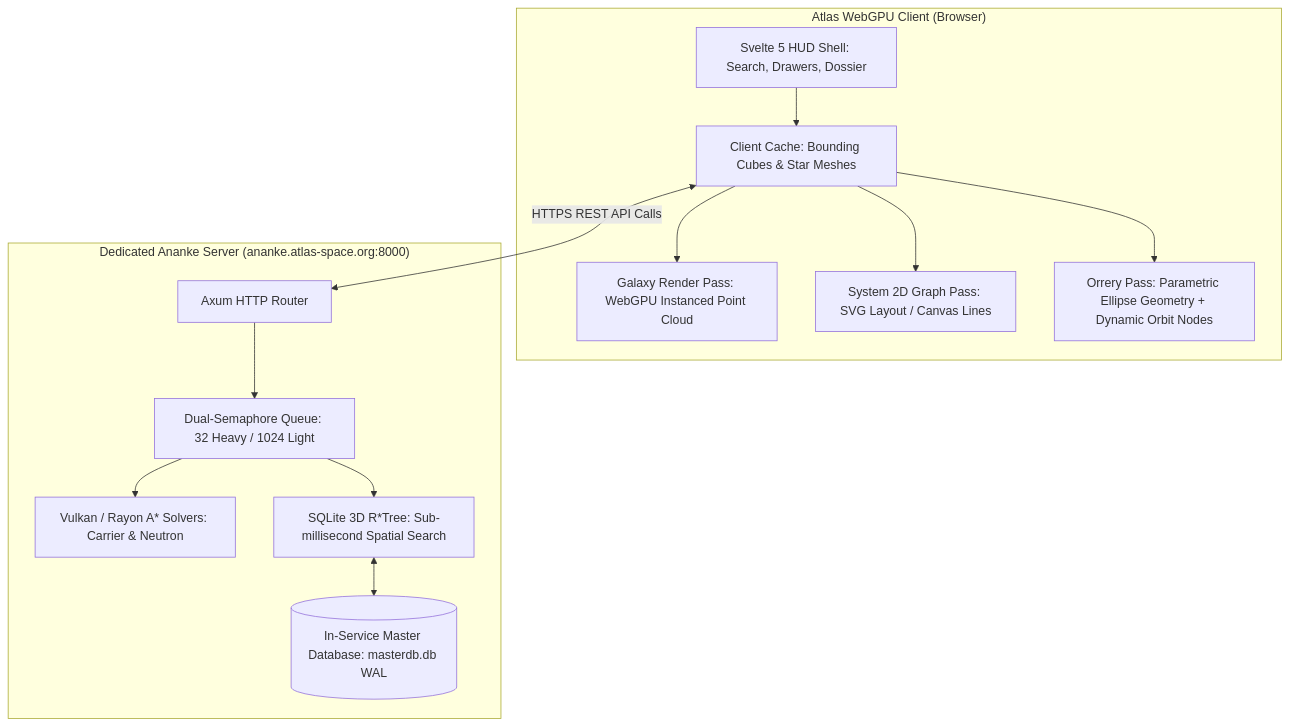
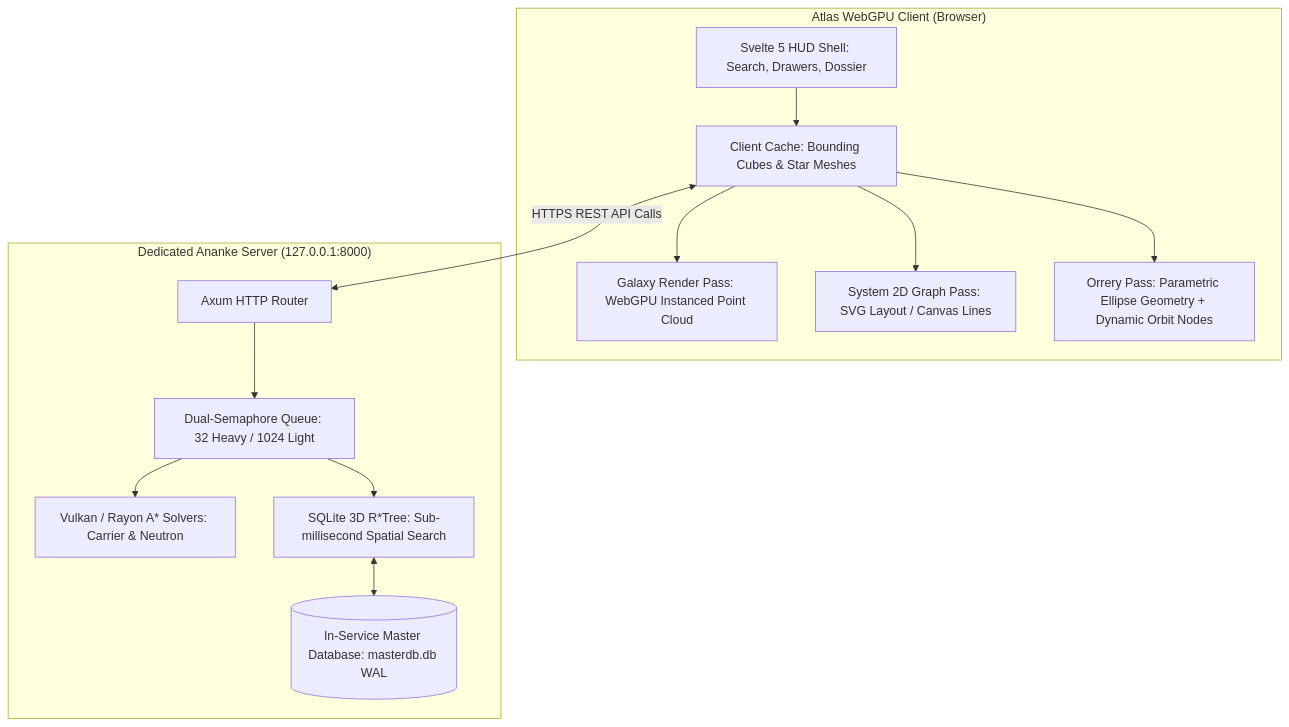
One commit to Irkyosaur/Atlas changed the diagram in docs/technical_architecture.md. Above: the diagram before and after it, drawn with Mermaid. The commit also changed other lines of this file and 10 other files, not shown here.

````diff
--- a/docs/technical_architecture.md
+++ b/docs/technical_architecture.md
@@ -12,24 +12,24 @@
 ```mermaid
 flowchart TD
     subgraph Frontend_Atlas ["Atlas WebGPU Client (Browser)"]
         UI[Svelte 5 HUD Shell: Search, Drawers, Dossier]
         G_Pass[Galaxy Render Pass: WebGPU Instanced Point Cloud]
         S_Pass[System 2D Graph Pass: SVG Layout / Canvas Lines]
         O_Pass[Orrery Pass: Parametric Ellipse Geometry + Dynamic Orbit Nodes]
         ClientCache[Client Cache: Bounding Cubes & Star Meshes]
     end
 
-    subgraph External_Ananke_Server ["Dedicated Ananke Server (ananke.atlas-space.org:8000)"]
+    subgraph External_Ananke_Server ["Dedicated Ananke Server (127.0.0.1:8000)"]
         Axum[Axum HTTP Router]
         Admission[Dual-Semaphore Queue: 32 Heavy / 1024 Light]
         AStar[Vulkan / Rayon A* Solvers: Carrier & Neutron]
         RTree[SQLite 3D R*Tree: Sub-millisecond Spatial Search]
         DB[(In-Service Master Database: masterdb.db WAL)]
     end
 
     UI --> ClientCache
     ClientCache <-->|HTTPS REST API Calls| Axum
     Axum --> Admission --> AStar & RTree
     RTree <--> DB
     ClientCache --> G_Pass & S_Pass & O_Pass
 ```
````
